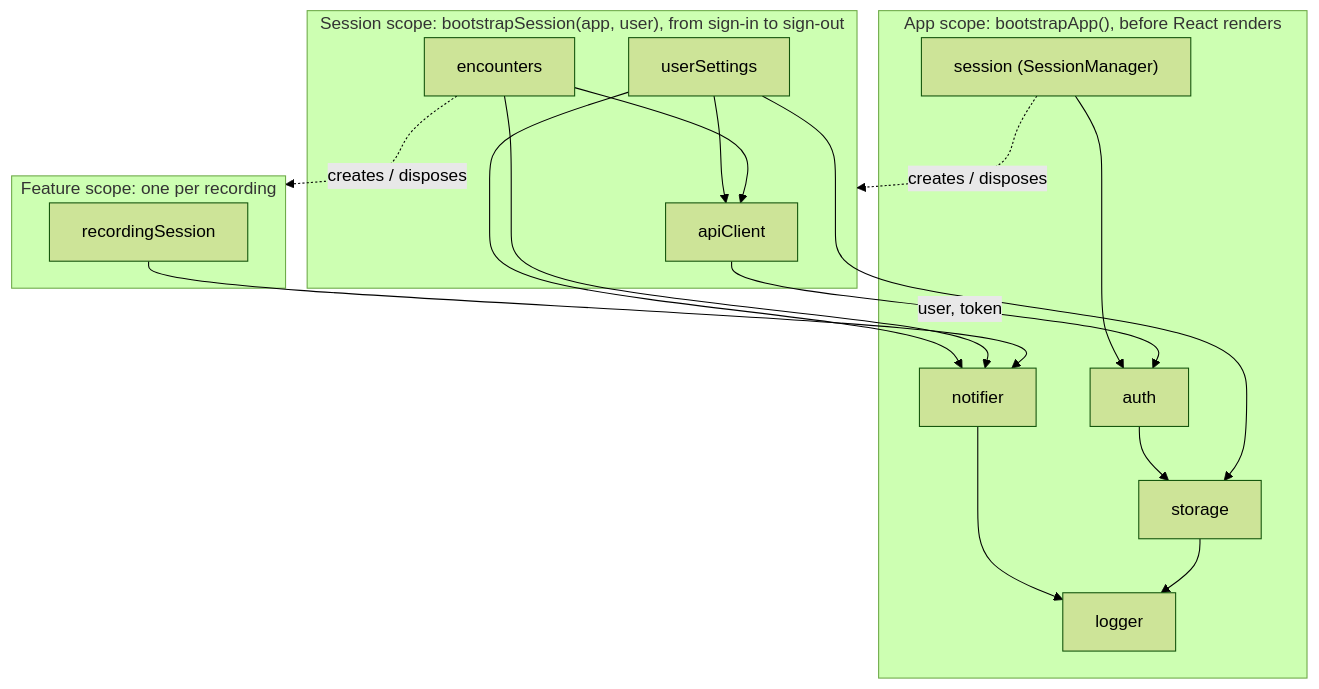
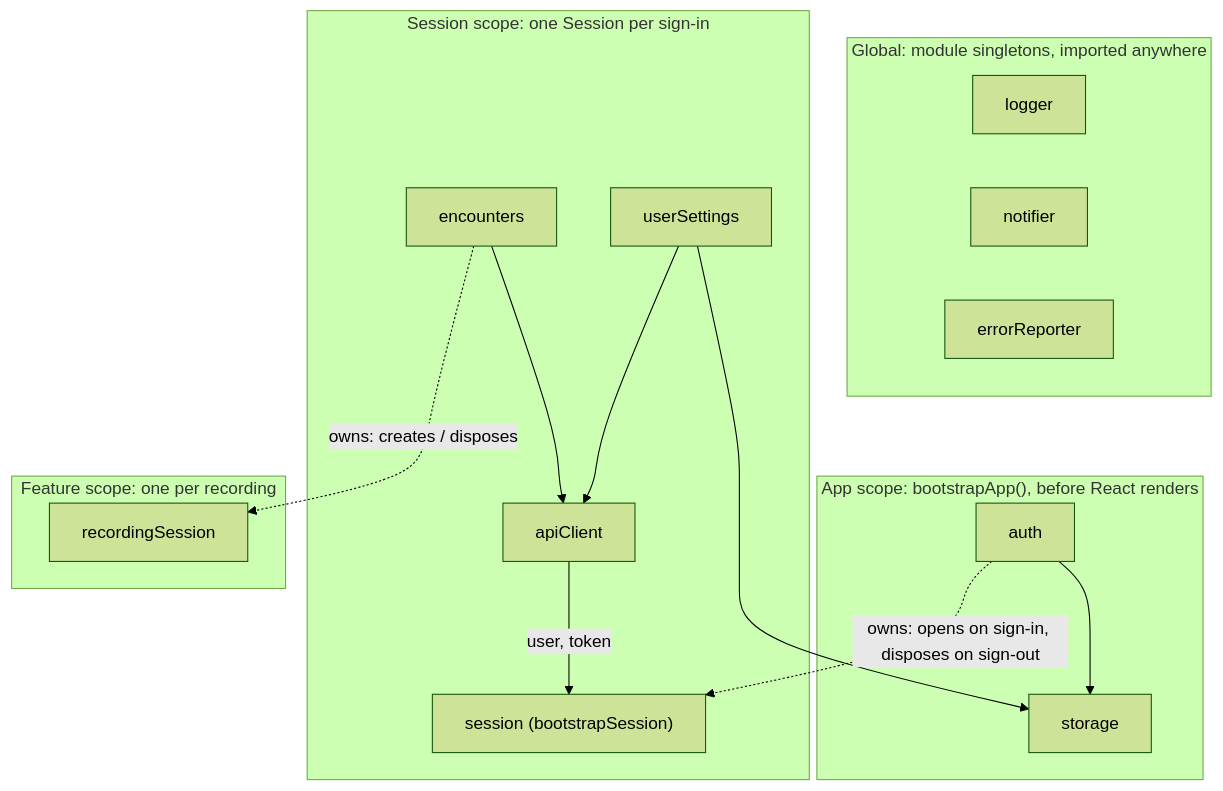
One commit to pmdartus/react-app-services changed the diagram in README.md. Above: the diagram before and after it, drawn with Mermaid (forest theme). The commit also changed other lines of this file and 43 other files, not shown here.

First line of the commit message:
Organize services by scope, replace SessionManager, add placeholders

````diff
--- a/README.md
+++ b/README.md
@@ -37,26 +66,28 @@
 ```mermaid
 flowchart TD
-  subgraph app["App scope: bootstrapApp(), before React renders"]
+  subgraph global["Global: module singletons, imported anywhere"]
     logger
-    notifier --> logger
-    storage --> logger
-    auth --> storage
-    session["session (SessionManager)"] --> auth
+    notifier
+    errorReporter
   end
 
-  subgraph sess["Session scope: bootstrapSession(app, user), from sign-in to sign-out"]
-    apiClient --> |user, token| auth
+  subgraph app["App scope: bootstrapApp(), before React renders"]
+    storage
+    auth --> storage
+  end
+
+  subgraph sess["Session scope: one Session per sign-in"]
+    session["session (bootstrapSession)"]
+    apiClient --> |user, token| session
     userSettings --> apiClient
     userSettings --> storage
-    userSettings --> notifier
     encounters --> apiClient
-    encounters --> notifier
   end
 
   subgraph feat["Feature scope: one per recording"]
-    recordingSession --> notifier
+    recordingSession
   end
 
-  session -. creates / disposes .-> sess
-  encounters -. creates / disposes .-> feat
+  auth -. owns: opens on sign-in, disposes on sign-out .-> session
+  encounters -. owns: creates / disposes .-> recordingSession
 ```
````
